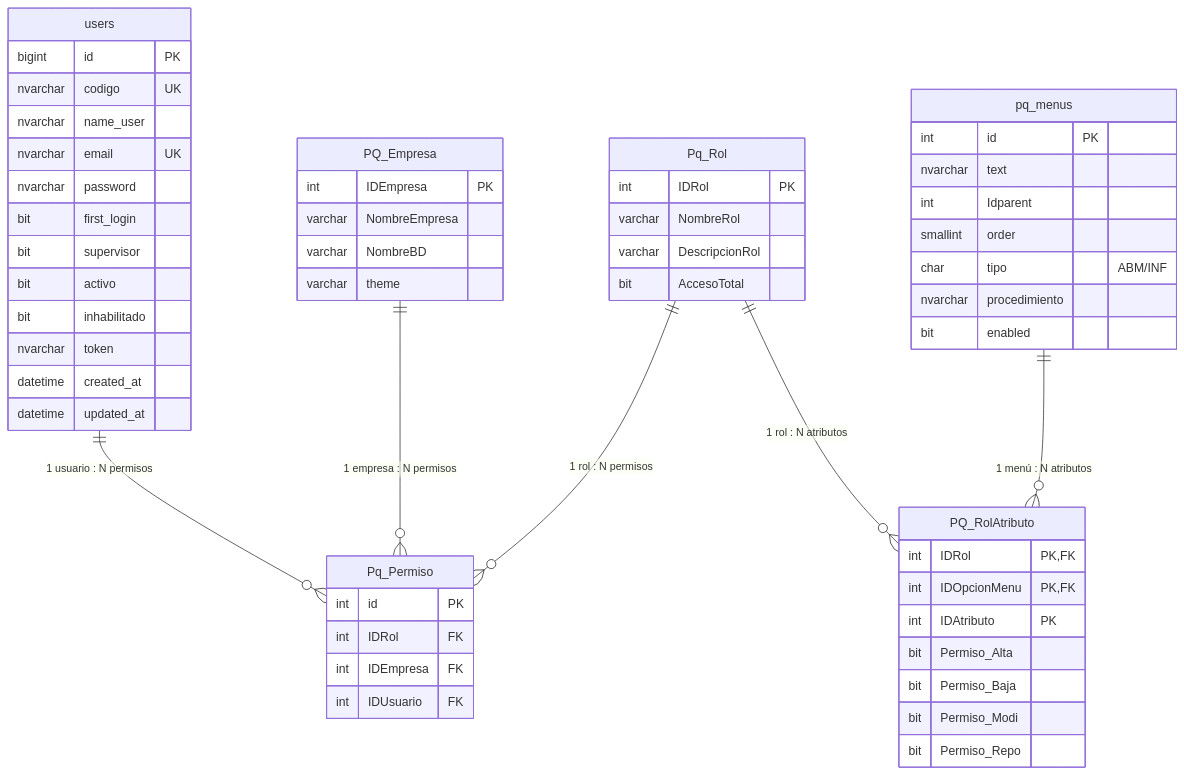
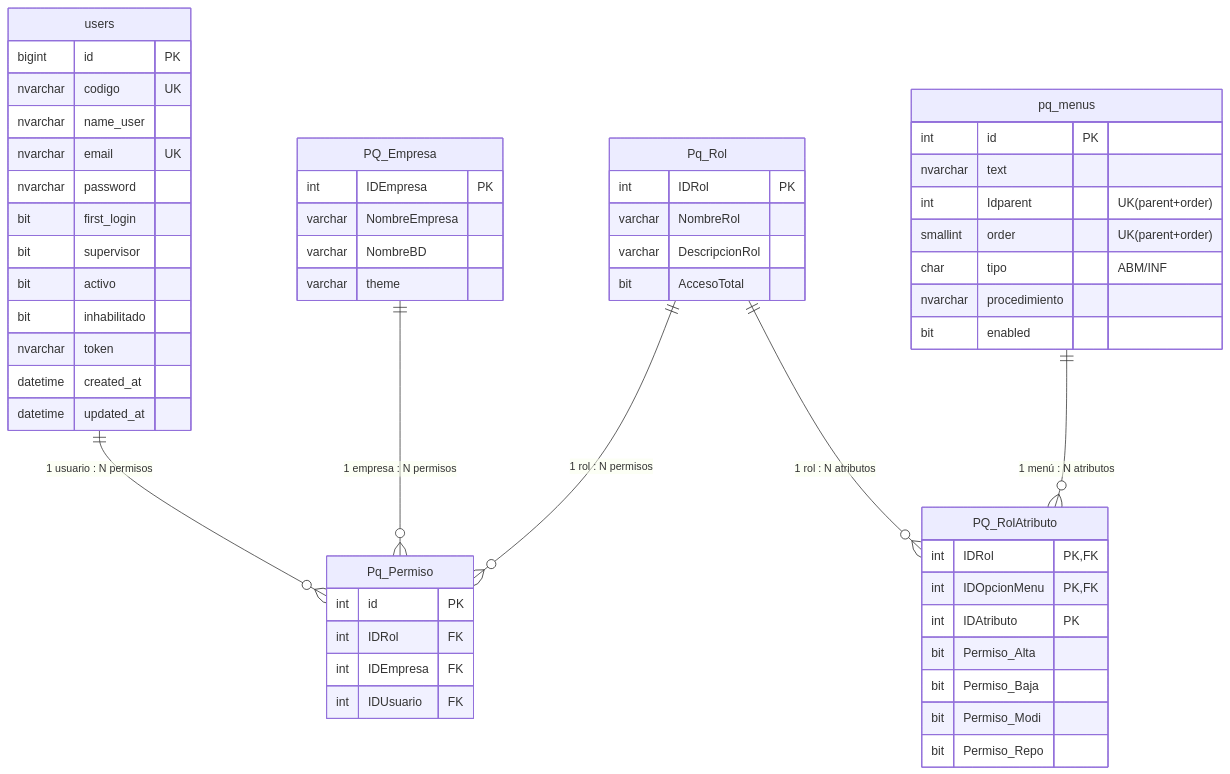
The second of 6 diagrams in docs/modelo-datos/md-diccionario/md-diccionario-diagramas.md (paqsystems/PaqSuite-IA-TANGO), drawn with Mermaid before and after one commit. The commit also changed other lines of this file and 4 other files, not shown here.

First line of the commit message:
docs: UQ pq_menus(parent+order) + historia y seed PQ_MENUS

````diff
--- a/docs/modelo-datos/md-diccionario/md-diccionario-diagramas.md
+++ b/docs/modelo-datos/md-diccionario/md-diccionario-diagramas.md
@@ -176,64 +176,64 @@
 ```mermaid
 erDiagram
     users {
         bigint id PK
         nvarchar codigo UK
         nvarchar name_user
         nvarchar email UK
         nvarchar password
         bit first_login
         bit supervisor
         bit activo
         bit inhabilitado
         nvarchar token
         datetime created_at
         datetime updated_at
     }
     
     pq_menus {
         int id PK
         nvarchar text
-        int Idparent
-        smallint order
+        int Idparent "UK(parent+order)"
+        smallint order "UK(parent+order)"
         char tipo "ABM/INF"
         nvarchar procedimiento
         bit enabled
     }
     
     PQ_Empresa {
         int IDEmpresa PK
         varchar NombreEmpresa
         varchar NombreBD
         varchar theme
     }
     
     Pq_Rol {
         int IDRol PK
         varchar NombreRol
         varchar DescripcionRol
         bit AccesoTotal
     }
     
     PQ_RolAtributo {
         int IDRol PK,FK
         int IDOpcionMenu PK,FK
         int IDAtributo PK
         bit Permiso_Alta
         bit Permiso_Baja
         bit Permiso_Modi
         bit Permiso_Repo
     }
     
     Pq_Permiso {
         int id PK
         int IDRol FK
         int IDEmpresa FK
         int IDUsuario FK
     }
     
     users ||--o{ Pq_Permiso : "1 usuario : N permisos"
     PQ_Empresa ||--o{ Pq_Permiso : "1 empresa : N permisos"
     Pq_Rol ||--o{ Pq_Permiso : "1 rol : N permisos"
     Pq_Rol ||--o{ PQ_RolAtributo : "1 rol : N atributos"
     pq_menus ||--o{ PQ_RolAtributo : "1 menú : N atributos"
 ```
````
